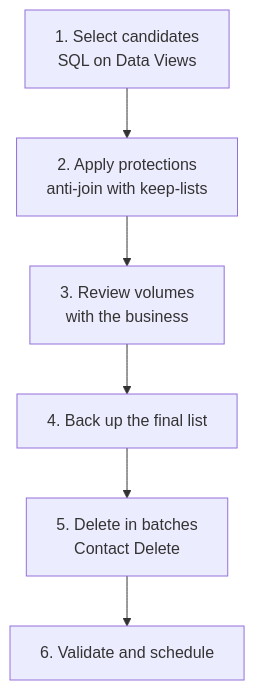
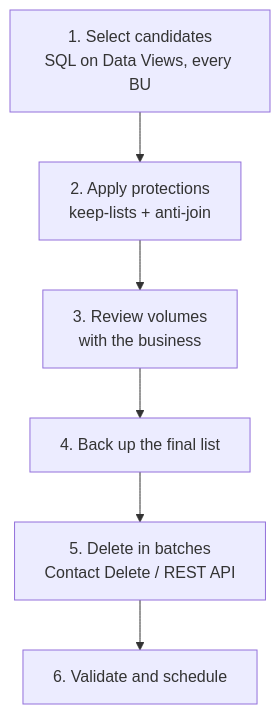
One commit to IgorBratti/sfmc-handbook changed the diagram in playbooks/contact-cleanup/README.md. Above: the diagram before and after it, drawn with Mermaid. The commit also changed other lines of this file and 18 other files, not shown here.

````diff
--- a/playbooks/contact-cleanup/README.md
+++ b/playbooks/contact-cleanup/README.md
@@ -20,8 +23,8 @@
 ```mermaid
 flowchart TD
-  A[1. Select candidates<br/>SQL on Data Views] --> B[2. Apply protections<br/>anti-join with keep-lists]
+  A[1. Select candidates<br/>SQL on Data Views, every BU] --> B[2. Apply protections<br/>keep-lists + anti-join]
   B --> C[3. Review volumes<br/>with the business]
   C --> D[4. Back up the final list]
-  D --> E[5. Delete in batches<br/>Contact Delete]
+  D --> E[5. Delete in batches<br/>Contact Delete / REST API]
   E --> F[6. Validate and schedule]
 ```
````
